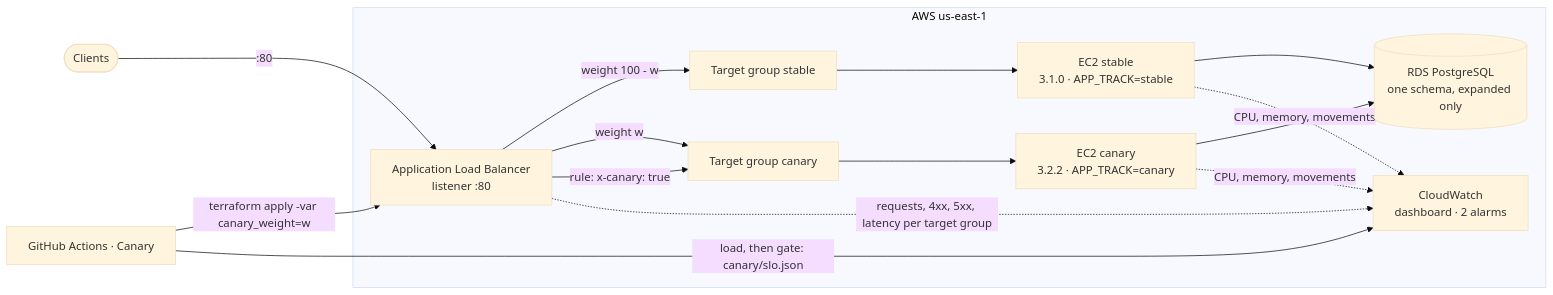
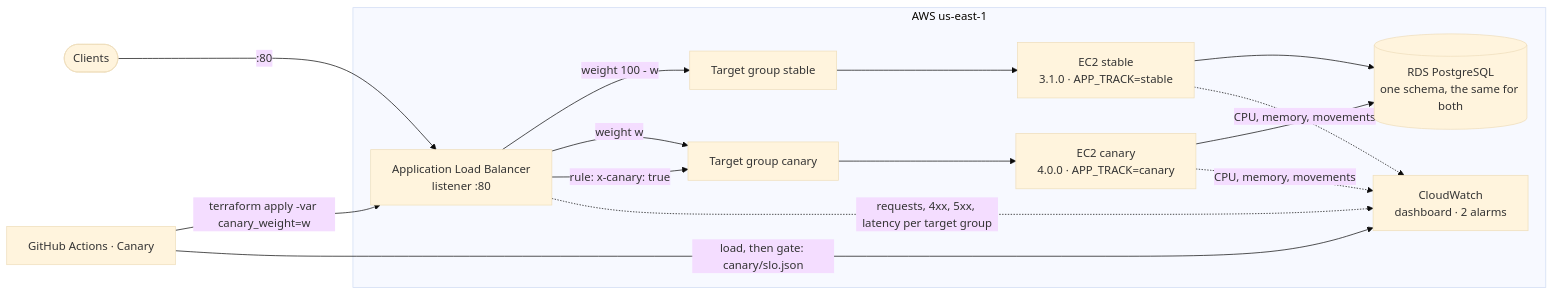
One commit to SebaScript/inventory-api-v2 changed the first of 2 diagrams in README.md. Above: the diagram before and after it, drawn with Mermaid (base theme). The commit also changed other lines of this file, not shown here.

````diff
--- a/README.md
+++ b/README.md
@@ -30,24 +30,24 @@
 ```mermaid
 flowchart LR
   client([Clients]) -- ":80" --> alb
 
   subgraph AWS["AWS us-east-1"]
     alb["Application Load Balancer<br/>listener :80"]
     tgs["Target group stable"]
     tgc["Target group canary"]
     ec2s["EC2 stable<br/>3.1.0 · APP_TRACK=stable"]
-    ec2c["EC2 canary<br/>3.2.2 · APP_TRACK=canary"]
-    rds[("RDS PostgreSQL<br/>one schema, expanded only")]
+    ec2c["EC2 canary<br/>4.0.0 · APP_TRACK=canary"]
+    rds[("RDS PostgreSQL<br/>one schema, the same for both")]
     cw["CloudWatch<br/>dashboard · 2 alarms"]
 
     alb -- "weight 100 - w" --> tgs --> ec2s
     alb -- "weight w" --> tgc --> ec2c
     alb -- "rule: x-canary: true" --> tgc
     ec2s & ec2c --> rds
     alb -. "requests, 4xx, 5xx, latency per target group" .-> cw
     ec2s & ec2c -. "CPU, memory, movements" .-> cw
   end
 
   gh["GitHub Actions · Canary"] -- "terraform apply -var canary_weight=w" --> alb
   gh -- "load, then gate: canary/slo.json" --> cw
 ```
````
